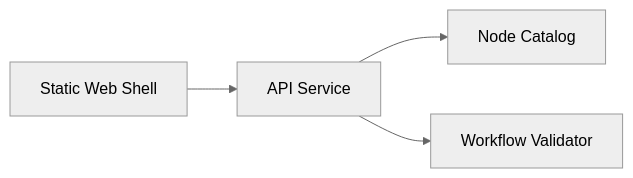
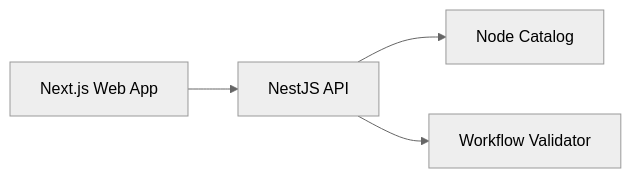
The diagram in docs/architecture.md (GermanSklyarov/flowforge), drawn with Mermaid (neutral theme) before and after one commit. The commit also changed other lines of this file and 40 other files, not shown here.

Commit message:
🏗️ Add NestJS API, Next.js web app, and workflow persistence

````diff
--- a/docs/architecture.md
+++ b/docs/architecture.md
@@ -44,6 +44,6 @@
 ```mermaid
 flowchart LR
-  Web["Static Web Shell"] --> API["API Service"]
+  Web["Next.js Web App"] --> API["NestJS API"]
   API --> Catalog["Node Catalog"]
   API --> Validator["Workflow Validator"]
 ```
````
